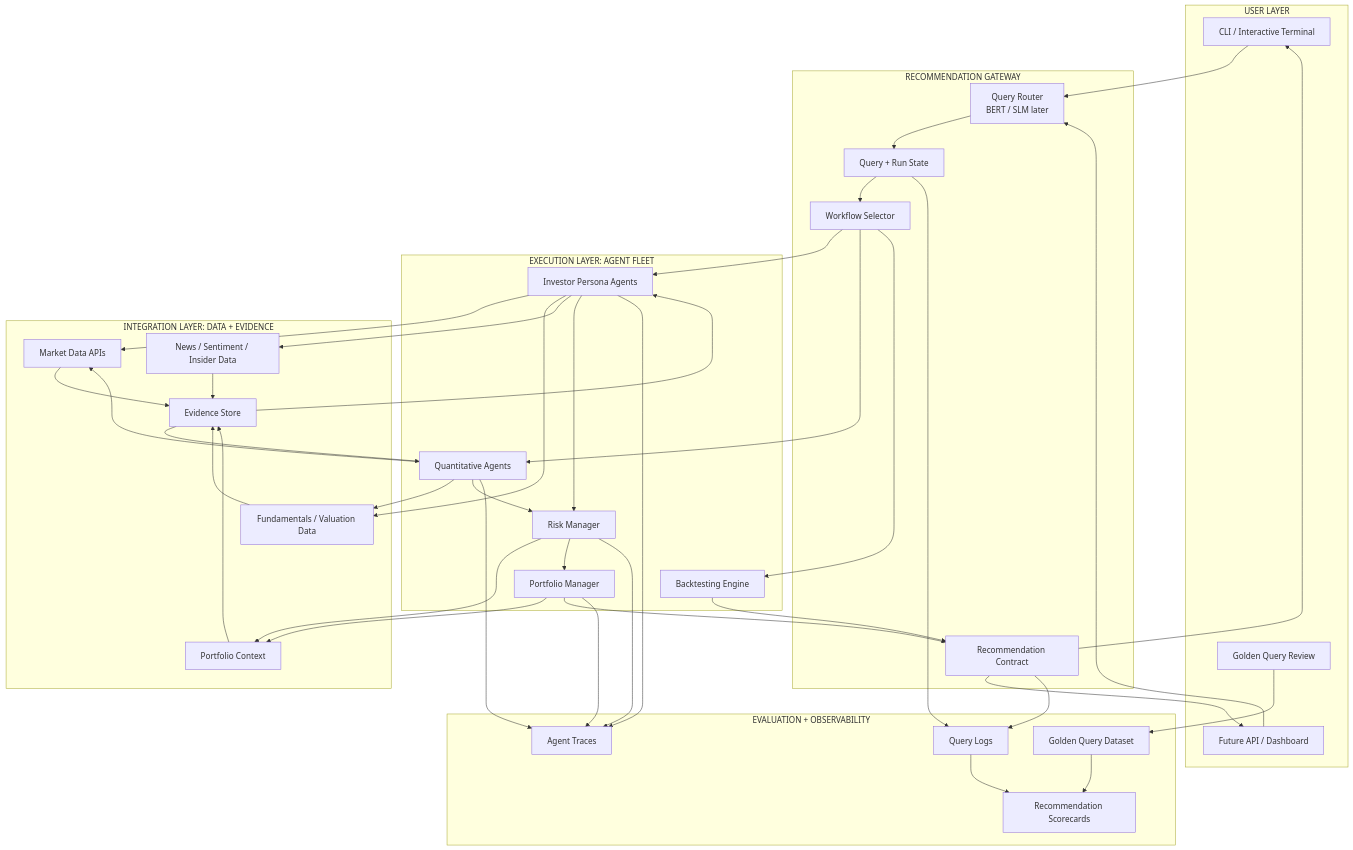
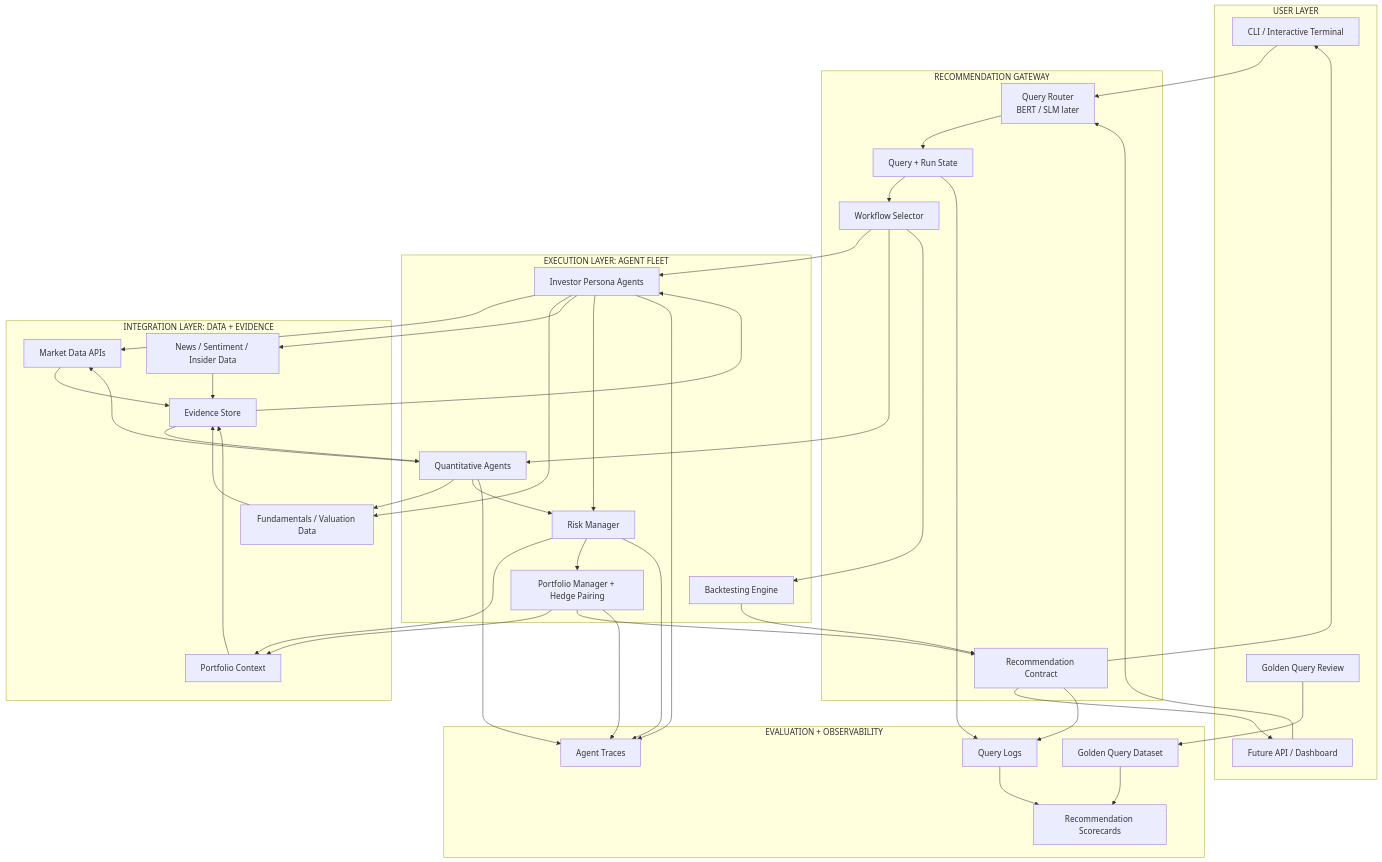
The diagram in docs/v0_architecture.md (viplismism/nova-trader), drawn with Mermaid before and after one commit. The commit also changed other lines of this file and 84 other files, not shown here.

````diff
--- a/docs/v0_architecture.md
+++ b/docs/v0_architecture.md
@@ -7,81 +7,81 @@
 ```mermaid
 flowchart TB
     subgraph USER["USER LAYER"]
         CLI["CLI / Interactive Terminal"]
         API["Future API / Dashboard"]
         EVALUI["Golden Query Review"]
     end
 
     subgraph GATEWAY["RECOMMENDATION GATEWAY"]
         ROUTER["Query Router<br/>BERT / SLM later"]
         SESSION["Query + Run State"]
         WORKFLOW["Workflow Selector"]
         RECAPI["Recommendation Contract"]
     end
 
     subgraph AGENTS["EXECUTION LAYER: AGENT FLEET"]
         PERSONA["Investor Persona Agents"]
         QUANT["Quantitative Agents"]
         RISK["Risk Manager"]
-        PORTFOLIO["Portfolio Manager"]
+        PORTFOLIO["Portfolio Manager + Hedge Pairing"]
         BACKTEST["Backtesting Engine"]
     end
 
     subgraph DATA["INTEGRATION LAYER: DATA + EVIDENCE"]
         MARKET["Market Data APIs"]
         FUND["Fundamentals / Valuation Data"]
         NEWS["News / Sentiment / Insider Data"]
         PORTDATA["Portfolio Context"]
         EVIDENCE["Evidence Store"]
     end
 
     subgraph EVAL["EVALUATION + OBSERVABILITY"]
         LOGS["Query Logs"]
         GOLDEN["Golden Query Dataset"]
         SCORE["Recommendation Scorecards"]
         TRACE["Agent Traces"]
     end
 
     CLI --> ROUTER
     API --> ROUTER
     EVALUI --> GOLDEN
 
     ROUTER --> SESSION
     SESSION --> WORKFLOW
     WORKFLOW --> PERSONA
     WORKFLOW --> QUANT
     WORKFLOW --> BACKTEST
 
     PERSONA --> MARKET
     PERSONA --> FUND
     PERSONA --> NEWS
     QUANT --> MARKET
     QUANT --> FUND
     RISK --> PORTDATA
     PORTFOLIO --> PORTDATA
 
     MARKET --> EVIDENCE
     FUND --> EVIDENCE
     NEWS --> EVIDENCE
     PORTDATA --> EVIDENCE
 
     EVIDENCE --> PERSONA
     EVIDENCE --> QUANT
     PERSONA --> RISK
     QUANT --> RISK
     RISK --> PORTFOLIO
     PORTFOLIO --> RECAPI
     BACKTEST --> RECAPI
 
     RECAPI --> CLI
     RECAPI --> API
 
     SESSION --> LOGS
     RECAPI --> LOGS
     LOGS --> SCORE
     GOLDEN --> SCORE
     PERSONA --> TRACE
     QUANT --> TRACE
     RISK --> TRACE
     PORTFOLIO --> TRACE
 ```
````
